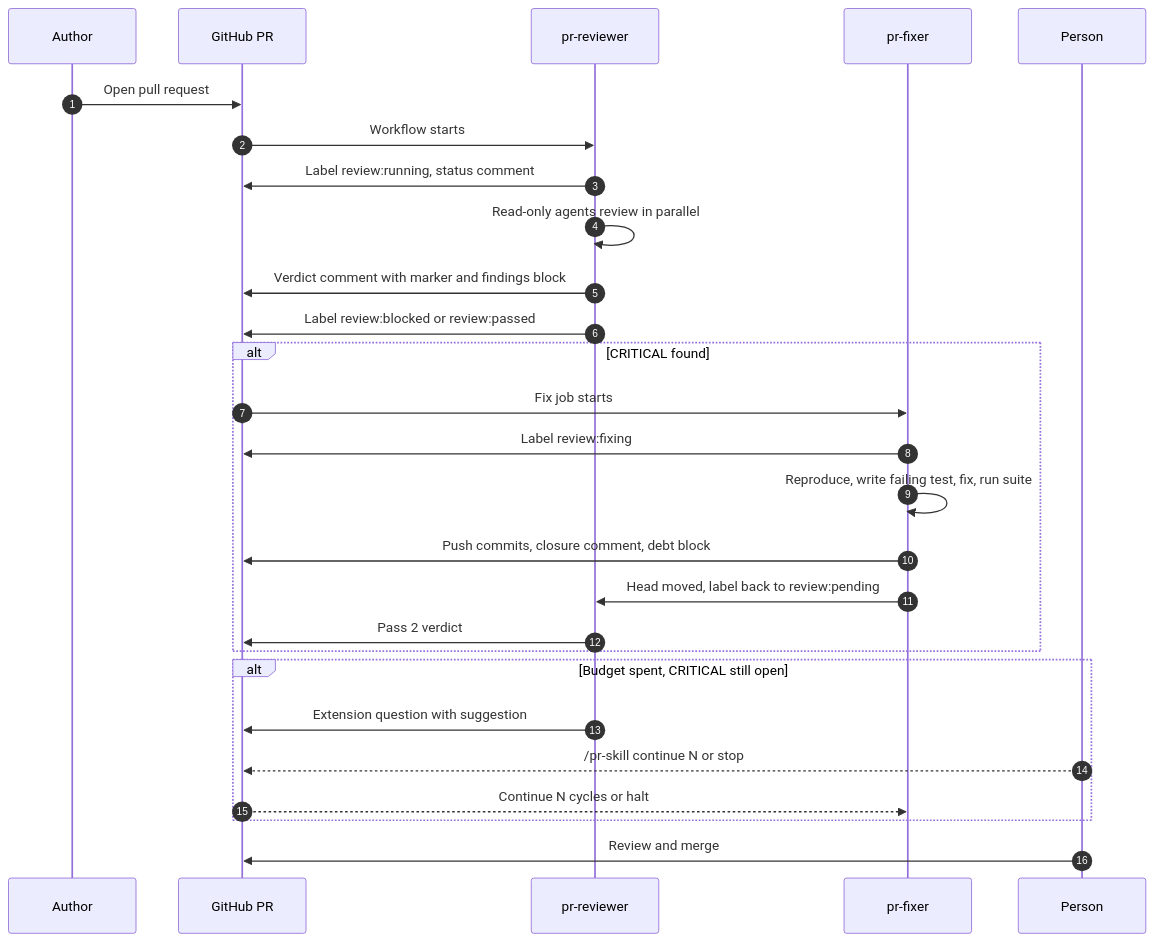
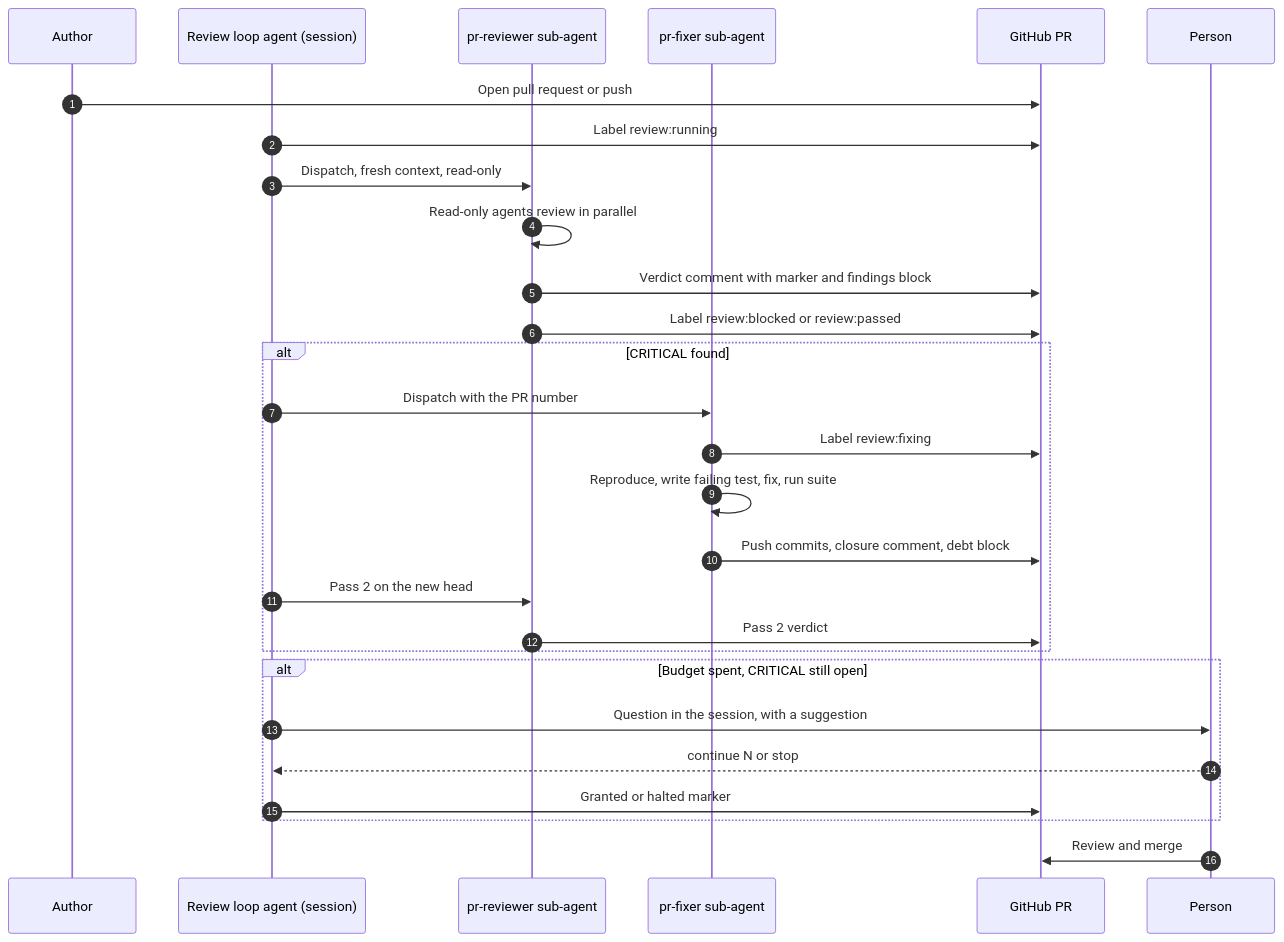
Before and after one commit to jonyfs/pr-reviewer-fixer: the second of 5 diagrams in README.md, drawn with Mermaid. The commit also changed other lines of this file and 56 other files, not shown here.

````diff
--- a/README.md
+++ b/README.md
@@ -65,29 +72,30 @@
 ```mermaid
 sequenceDiagram
     autonumber
     participant Dev as Author
+    participant L as Review loop agent (session)
+    participant R as pr-reviewer sub-agent
+    participant F as pr-fixer sub-agent
     participant GH as GitHub PR
-    participant R as pr-reviewer
-    participant F as pr-fixer
     participant P as Person
-    Dev->>GH: Open pull request
-    GH->>R: Workflow starts
-    R->>GH: Label review:running, status comment
+    Dev->>GH: Open pull request or push
+    L->>GH: Label review:running
+    L->>R: Dispatch, fresh context, read-only
     R->>R: Read-only agents review in parallel
     R->>GH: Verdict comment with marker and findings block
     R->>GH: Label review:blocked or review:passed
     alt CRITICAL found
-        GH->>F: Fix job starts
+        L->>F: Dispatch with the PR number
         F->>GH: Label review:fixing
         F->>F: Reproduce, write failing test, fix, run suite
         F->>GH: Push commits, closure comment, debt block
-        F->>R: Head moved, label back to review:pending
+        L->>R: Pass 2 on the new head
         R->>GH: Pass 2 verdict
     end
     alt Budget spent, CRITICAL still open
-        R->>GH: Extension question with suggestion
-        P-->>GH: /pr-skill continue N or stop
-        GH-->>F: Continue N cycles or halt
+        L->>P: Question in the session, with a suggestion
+        P-->>L: continue N or stop
+        L->>GH: Granted or halted marker
     end
     P->>GH: Review and merge
 ```
````
